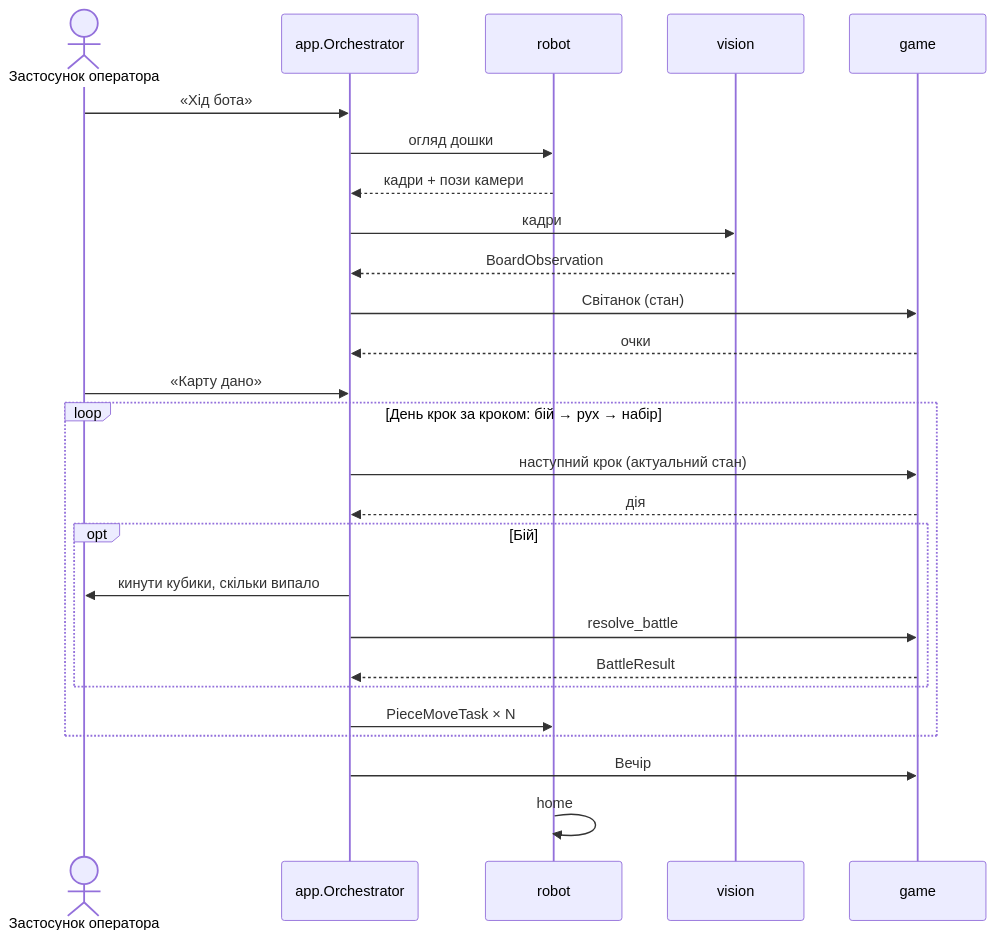
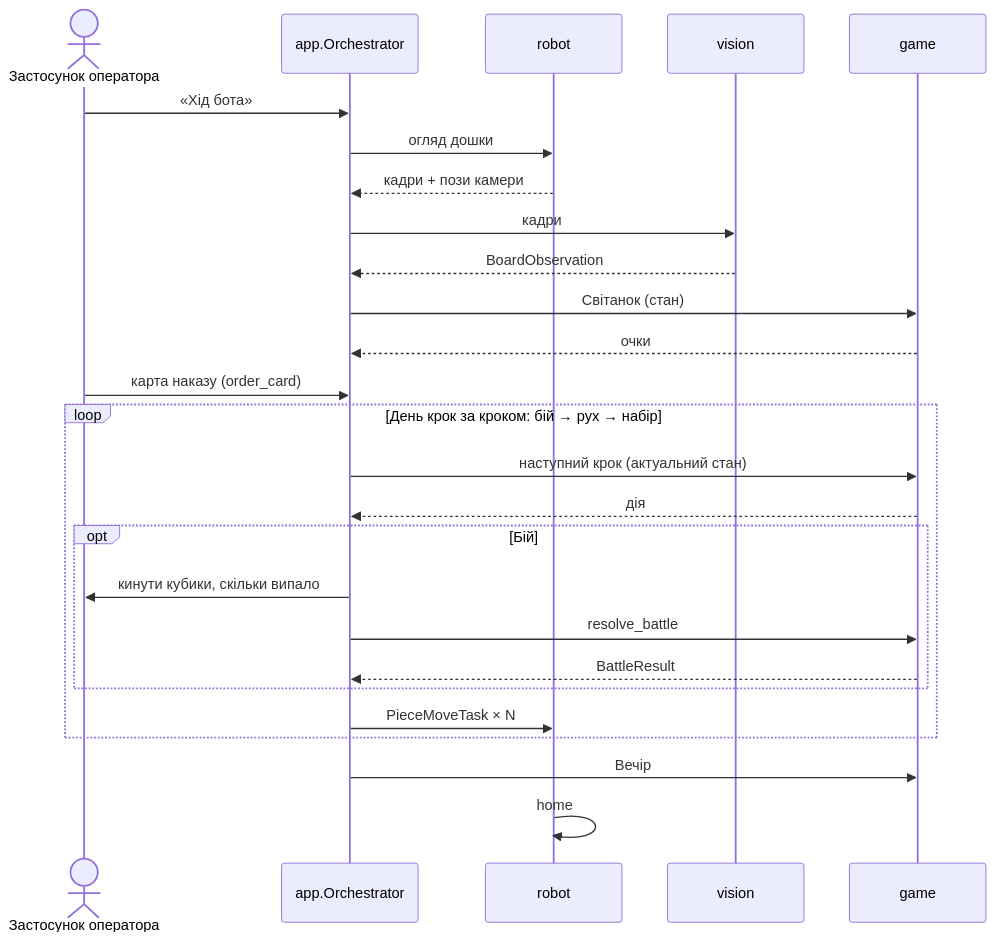
The second of 2 diagrams in docs/architecture.md (olenakshyk/RootBot67), drawn with Mermaid before and after one commit. The commit also changed other lines of this file and 10 other files, not shown here.

````diff
--- a/docs/architecture.md
+++ b/docs/architecture.md
@@ -106,29 +107,29 @@
 ```mermaid
 sequenceDiagram
     actor Op as Застосунок оператора
     participant App as app.Orchestrator
     participant Rob as robot
     participant Vis as vision
     participant Game as game
 
     Op->>App: «Хід бота»
     App->>Rob: огляд дошки
     Rob-->>App: кадри + пози камери
     App->>Vis: кадри
     Vis-->>App: BoardObservation
     App->>Game: Світанок (стан)
     Game-->>App: очки
-    Op->>App: «Карту дано»
+    Op->>App: карта наказу (order_card)
     loop День крок за кроком: бій → рух → набір
         App->>Game: наступний крок (актуальний стан)
         Game-->>App: дія
         opt Бій
             App->>Op: кинути кубики, скільки випало
             App->>Game: resolve_battle
             Game-->>App: BattleResult
         end
         App->>Rob: PieceMoveTask × N
     end
     App->>Game: Вечір
     Rob->>Rob: home
 ```
````
